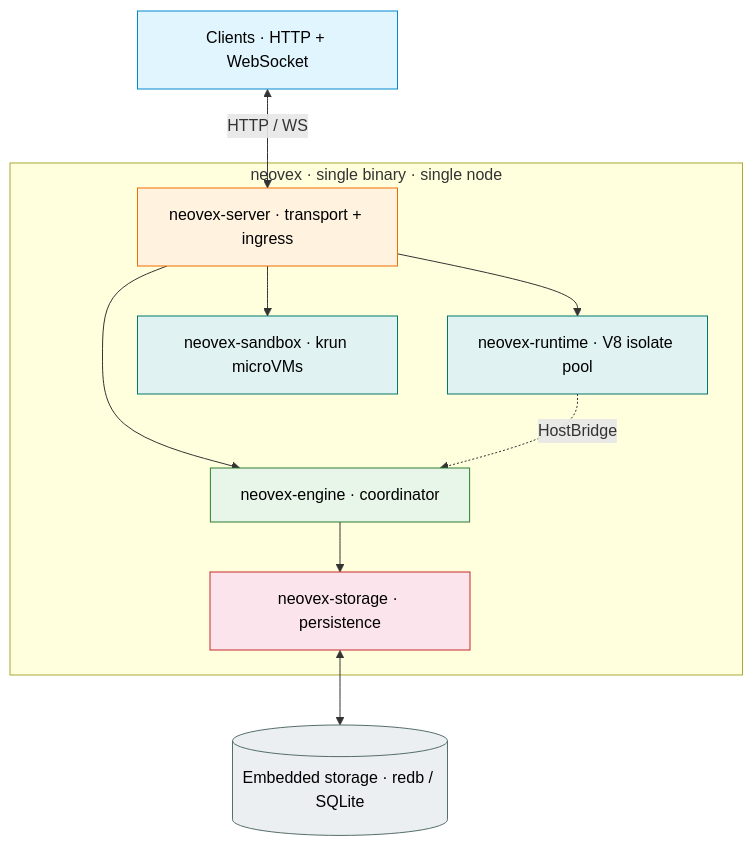
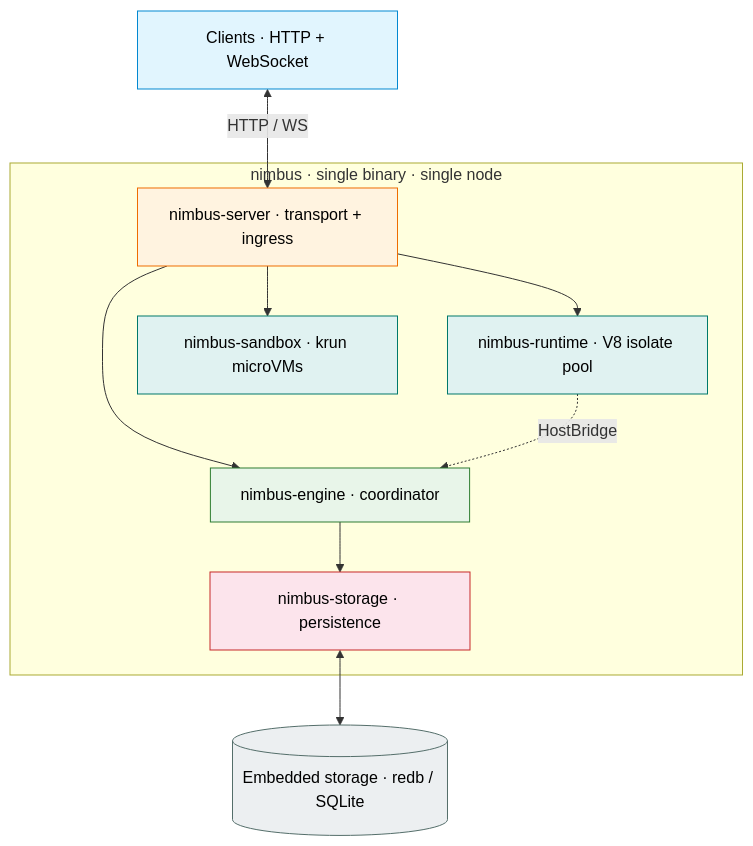
One commit to nimbus/nimbus changed the first of 28 diagrams in docs/architecture/horizontal-scaling.md. Above: the diagram before and after it, drawn with Mermaid. The commit also changed other lines of this file and 6725 other files, not shown here.

First line of the commit message:
rename: complete neovex→nimbus rebrand across entire codebase

````diff
--- a/docs/architecture/horizontal-scaling.md
+++ b/docs/architecture/horizontal-scaling.md
@@ -13,38 +13,38 @@
 ```mermaid
 flowchart TD
     Client["Clients · HTTP + WebSocket"]
 
-    subgraph binary["neovex · single binary · single node"]
-        Server["neovex-server · transport + ingress"]
-        Engine["neovex-engine · coordinator"]
-        Runtime["neovex-runtime · V8 isolate pool"]
-        Sandbox["neovex-sandbox · krun microVMs"]
-        Storage["neovex-storage · persistence"]
+    subgraph binary["nimbus · single binary · single node"]
+        Server["nimbus-server · transport + ingress"]
+        Engine["nimbus-engine · coordinator"]
+        Runtime["nimbus-runtime · V8 isolate pool"]
+        Sandbox["nimbus-sandbox · krun microVMs"]
+        Storage["nimbus-storage · persistence"]
 
         Server --> Engine
         Server --> Runtime
         Server --> Sandbox
         Runtime -.->|HostBridge| Engine
         Engine --> Storage
     end
 
     Disk[("Embedded storage · redb / SQLite")]
 
     Client <-->|HTTP / WS| Server
     Storage <--> Disk
 
     classDef client fill:#e1f5fe,stroke:#0288d1,color:#000
     classDef transport fill:#fff3e0,stroke:#ef6c00,color:#000
     classDef runtime fill:#e0f2f1,stroke:#00796b,color:#000
     classDef logic fill:#e8f5e9,stroke:#2e7d32,color:#000
     classDef storage fill:#fce4ec,stroke:#c62828,color:#000
     classDef disk fill:#eceff1,stroke:#546e6a,color:#000
 
     class Client client
     class Server transport
     class Runtime runtime
     class Engine logic
     class Storage storage
     class Sandbox runtime
     class Disk disk
 ```
````
